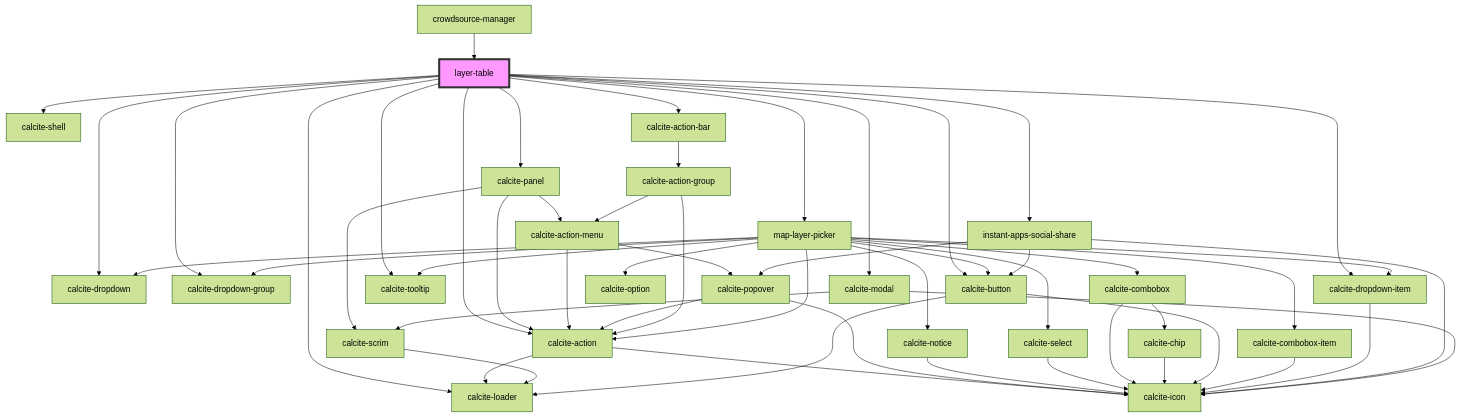
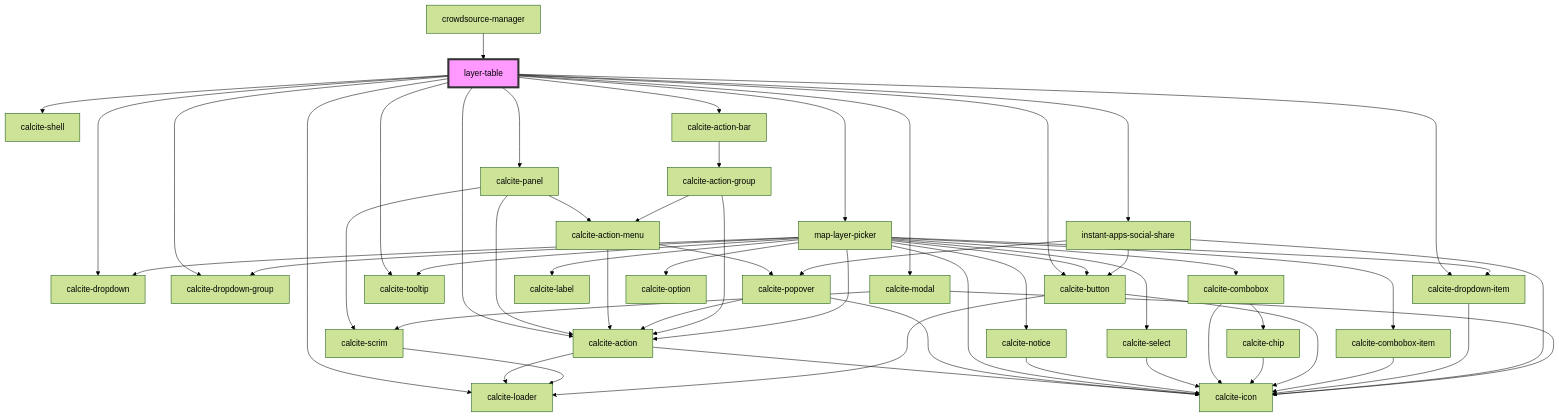
Before and after one commit to Esri/solutions-components: the diagram in src/components/layer-table/readme.md, drawn with Mermaid (forest theme). The commit also changed 9 other files, not shown here.

Commit message:
optional layer picker with one layer

````diff
--- a/src/components/layer-table/readme.md
+++ b/src/components/layer-table/readme.md
@@ -61,56 +61,58 @@
 ```mermaid
 graph TD;
   layer-table --> calcite-shell
   layer-table --> calcite-panel
   layer-table --> calcite-loader
   layer-table --> calcite-action-bar
   layer-table --> map-layer-picker
   layer-table --> calcite-dropdown
   layer-table --> calcite-dropdown-group
   layer-table --> calcite-dropdown-item
   layer-table --> calcite-action
   layer-table --> calcite-button
   layer-table --> instant-apps-social-share
   layer-table --> calcite-tooltip
   layer-table --> calcite-modal
   calcite-panel --> calcite-action
   calcite-panel --> calcite-action-menu
   calcite-panel --> calcite-scrim
   calcite-action --> calcite-loader
   calcite-action --> calcite-icon
   calcite-action-menu --> calcite-action
   calcite-action-menu --> calcite-popover
   calcite-popover --> calcite-action
   calcite-popover --> calcite-icon
   calcite-scrim --> calcite-loader
   calcite-action-bar --> calcite-action-group
   calcite-action-group --> calcite-action-menu
   calcite-action-group --> calcite-action
   map-layer-picker --> calcite-tooltip
   map-layer-picker --> calcite-notice
+  map-layer-picker --> calcite-icon
+  map-layer-picker --> calcite-label
   map-layer-picker --> calcite-select
   map-layer-picker --> calcite-combobox
   map-layer-picker --> calcite-dropdown
   map-layer-picker --> calcite-action
   map-layer-picker --> calcite-button
   map-layer-picker --> calcite-dropdown-group
   map-layer-picker --> calcite-combobox-item
   map-layer-picker --> calcite-option
   map-layer-picker --> calcite-dropdown-item
   calcite-notice --> calcite-icon
   calcite-select --> calcite-icon
   calcite-combobox --> calcite-chip
   calcite-combobox --> calcite-icon
   calcite-chip --> calcite-icon
   calcite-button --> calcite-loader
   calcite-button --> calcite-icon
   calcite-combobox-item --> calcite-icon
   calcite-dropdown-item --> calcite-icon
   instant-apps-social-share --> calcite-popover
   instant-apps-social-share --> calcite-button
   instant-apps-social-share --> calcite-icon
   calcite-modal --> calcite-scrim
   calcite-modal --> calcite-icon
   crowdsource-manager --> layer-table
   style layer-table fill:#f9f,stroke:#333,stroke-width:4px
 ```
````
